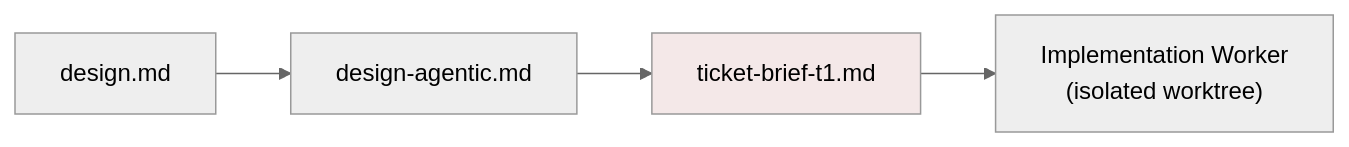
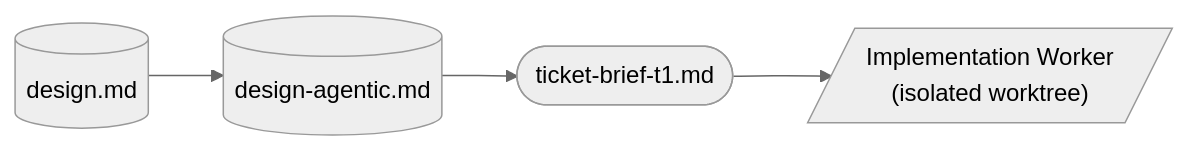
Before and after one commit to flox/forge-plugin: the first of 6 diagrams in docs/implementation-workflow.md, drawn with Mermaid (neutral theme). The commit also changed other lines of this file and 3 other files, not shown here.

First line of the commit message:
fix(docs): replace background fills with distinct shapes in mermaid diagrams

````diff
--- a/docs/implementation-workflow.md
+++ b/docs/implementation-workflow.md
@@ -18,8 +18,6 @@
 ```mermaid
 flowchart LR
-    D["design.md"] --> DA["design-agentic.md"]
-    DA --> TB["ticket-brief-t1.md"]
-    TB --> W["Implementation Worker<br/>(isolated worktree)"]
-
-    style TB fill:#f4e8e8
+    D[("design.md")] --> DA[("design-agentic.md")]
+    DA --> TB(["ticket-brief-t1.md"])
+    TB --> W[/"Implementation Worker<br/>(isolated worktree)"/]
 ```
````
